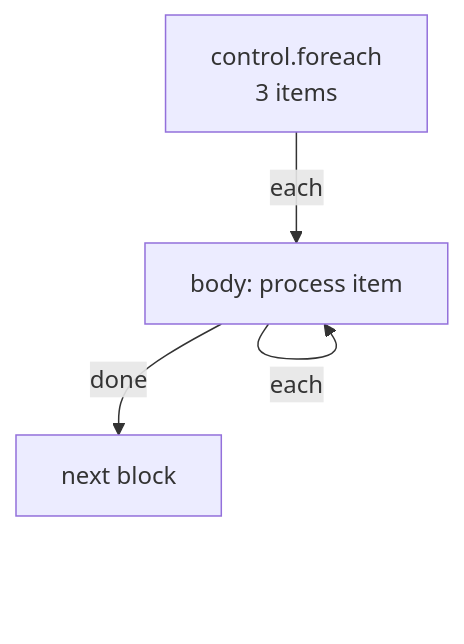
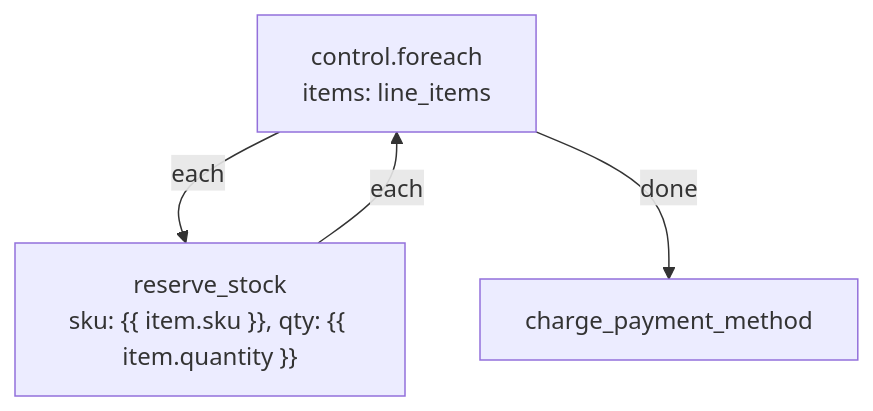
The third of 8 diagrams in apps/docs/flows/control-flow.mdx (sillohq/pawabase), drawn with Mermaid before and after one commit. The commit also changed other lines of this file and 128 other files, not shown here.

````diff
--- a/apps/docs/flows/control-flow.mdx
+++ b/apps/docs/flows/control-flow.mdx
@@ -210,7 +293,6 @@
 ```mermaid
 flowchart TB
-  A["control.foreach<br/>3 items"] -->|"each"| B["body: process item"]
-  B -->|"each"| B
-  B -->|"each"| B
-  B -->|"done"| C["next block"]
+  A["control.foreach<br/>items: line_items"] -->|each| B["reserve_stock<br/>sku: {{ item.sku }}, qty: {{ item.quantity }}"]
+  B -->|each| A
+  A -->|done| C[charge_payment_method]
 ```
````
